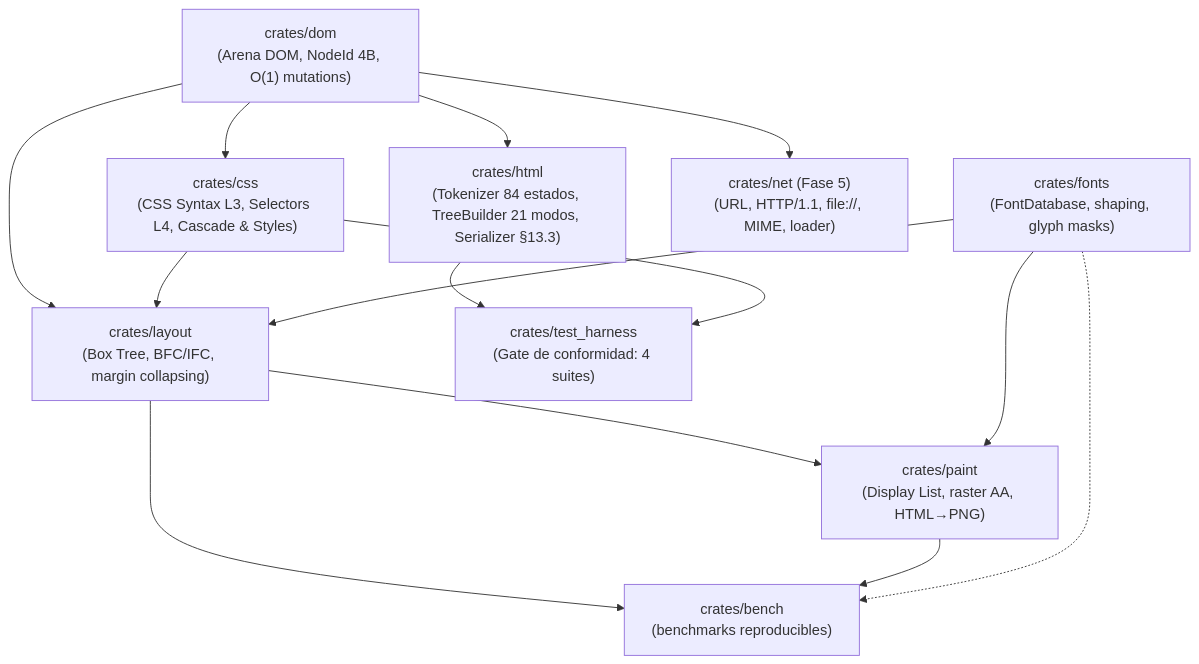
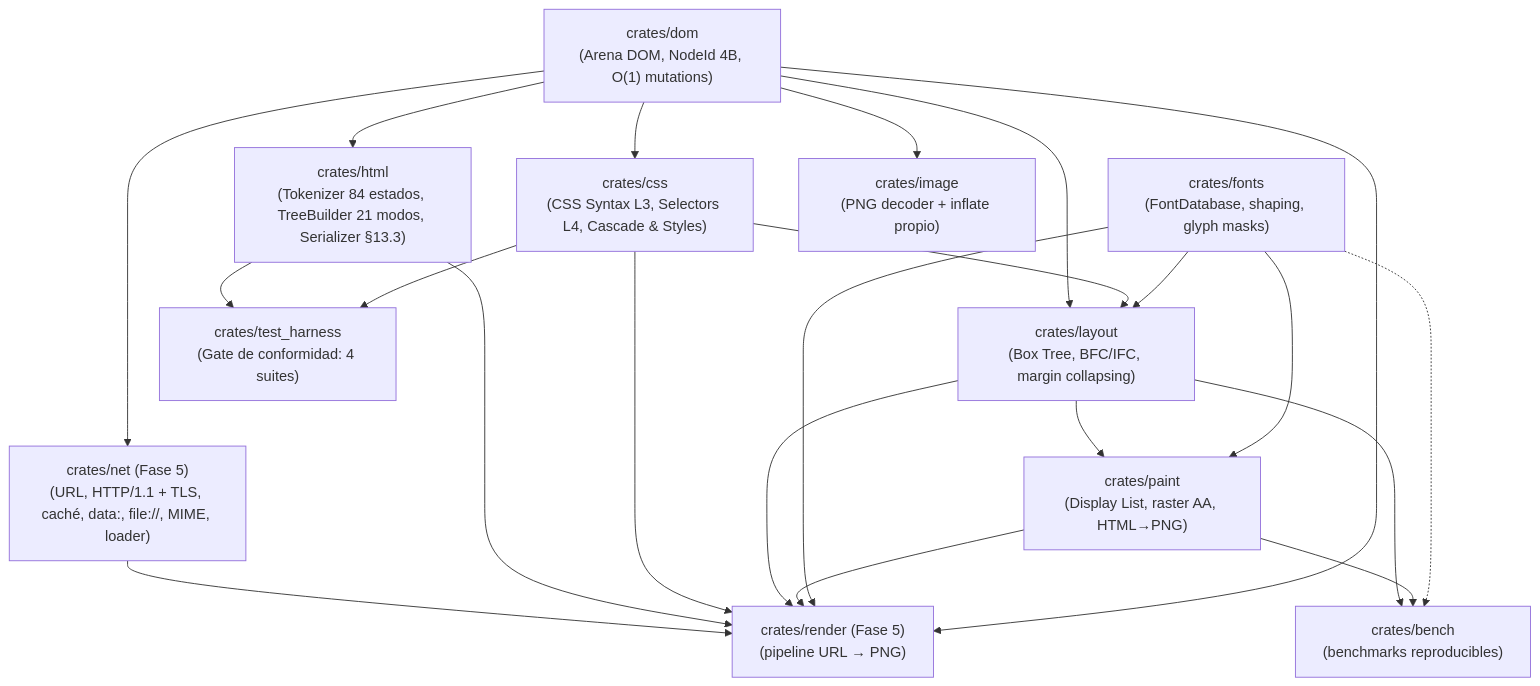
The diagram in README.md (juanpimg/Megi), drawn with Mermaid before and after one commit. The commit also changed other lines of this file and 9 other files, not shown here.

````diff
--- a/README.md
+++ b/README.md
@@ -64,26 +75,36 @@
 ```mermaid
 graph TD
     dom["crates/dom<br/>(Arena DOM, NodeId 4B, O(1) mutations)"]
     html["crates/html<br/>(Tokenizer 84 estados, TreeBuilder 21 modos, Serializer §13.3)"]
     css["crates/css<br/>(CSS Syntax L3, Selectors L4, Cascade & Styles)"]
     layout["crates/layout<br/>(Box Tree, BFC/IFC, margin collapsing)"]
     fonts["crates/fonts<br/>(FontDatabase, shaping, glyph masks)"]
     paint["crates/paint<br/>(Display List, raster AA, HTML→PNG)"]
-    net["crates/net (Fase 5)<br/>(URL, HTTP/1.1, file://, MIME, loader)"]
+    net["crates/net (Fase 5)<br/>(URL, HTTP/1.1 + TLS, caché, data:, file://, MIME, loader)"]
+    image["crates/image<br/>(PNG decoder + inflate propio)"]
+    render["crates/render (Fase 5)<br/>(pipeline URL → PNG)"]
     bench["crates/bench<br/>(benchmarks reproducibles)"]
     test_harness["crates/test_harness<br/>(Gate de conformidad: 4 suites)"]
 
     dom --> html
     dom --> css
     dom --> layout
     css --> layout
     layout --> paint
     fonts --> layout
     fonts --> paint
     dom --> net
+    dom --> image
+    net --> render
+    html --> render
+    css --> render
+    layout --> render
+    paint --> render
+    fonts --> render
+    dom --> render
     html --> test_harness
     css --> test_harness
     layout --> bench
     paint --> bench
     fonts -.-> bench
 ```
````
